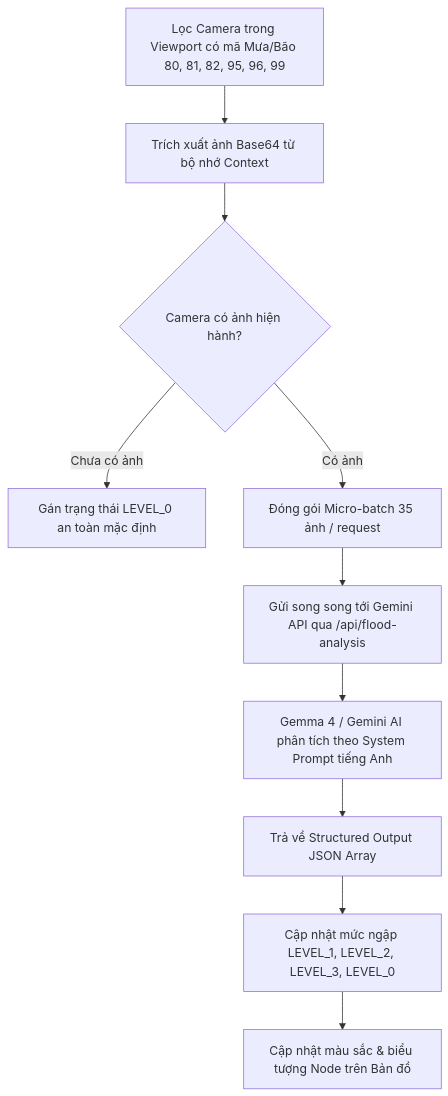
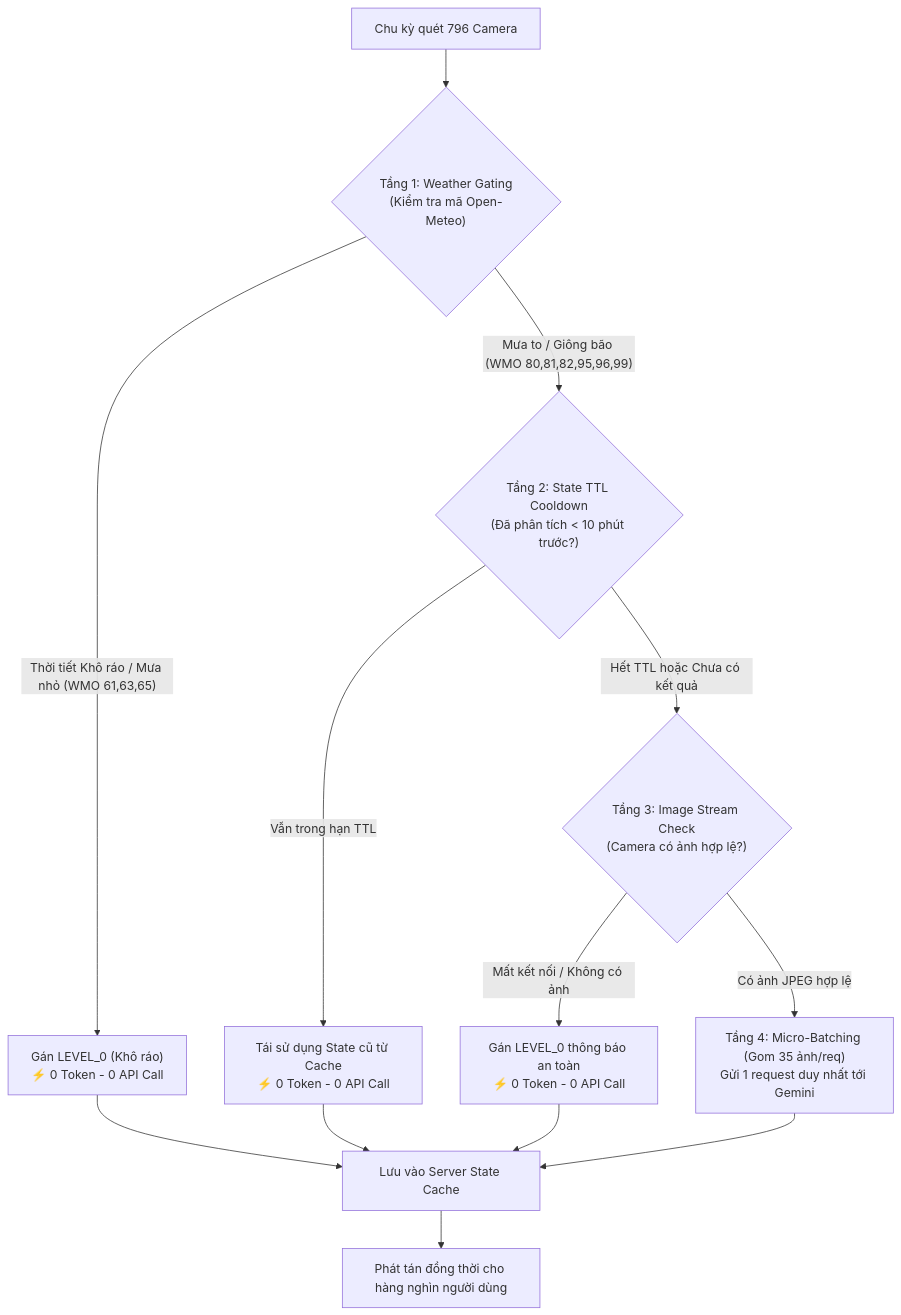
The second of 2 diagrams in README.md (helitoo/venha), drawn with Mermaid before and after one commit. The commit also changed other lines of this file and 7 other files, not shown here.

````diff
--- a/README.md
+++ b/README.md
@@ -79,12 +77,22 @@
 ```mermaid
-graph TD
-    A[Lọc Camera trong Viewport có mã Mưa/Bão 80, 81, 82, 95, 96, 99] --> B[Trích xuất ảnh Base64 từ bộ nhớ Context]
-    B --> C{Camera có ảnh hiện hành?}
-    C -->|Chưa có ảnh| D[Gán trạng thái LEVEL_0 an toàn mặc định]
-    C -->|Có ảnh| E[Đóng gói Micro-batch 35 ảnh / request]
-    E --> F[Gửi song song tới Gemini API qua /api/flood-analysis]
-    F --> G[Gemma 4 / Gemini AI phân tích theo System Prompt tiếng Anh]
-    G --> H[Trả về Structured Output JSON Array]
-    H --> I[Cập nhật mức ngập LEVEL_1, LEVEL_2, LEVEL_3, LEVEL_0]
-    I --> J[Cập nhật màu sắc & biểu tượng Node trên Bản đồ]
+flowchart TD
+    A["Chu kỳ quét 796 Camera"] --> B{"Tầng 1: Weather Gating<br/>(Kiểm tra mã Open-Meteo)"}
+    
+    B -->|"Thời tiết Khô ráo / Mưa nhỏ (WMO 61,63,65)"| C["Gán LEVEL_0 (Khô ráo)<br/>⚡ 0 Token - 0 API Call"]
+    
+    B -->|"Mưa to / Giông bão (WMO 80,81,82,95,96,99)"| D{"Tầng 2: State TTL Cooldown<br/>(Đã phân tích < 10 phút trước?)"}
+    
+    D -->|Vẫn trong hạn TTL| E["Tái sử dụng State cũ từ Cache<br/>⚡ 0 Token - 0 API Call"]
+    
+    D -->|Hết TTL hoặc Chưa có kết quả| F{"Tầng 3: Image Stream Check<br/>(Camera có ảnh hợp lệ?)"}
+    
+    F -->|Mất kết nối / Không có ảnh| G["Gán LEVEL_0 thông báo an toàn<br/>⚡ 0 Token - 0 API Call"]
+    
+    F -->|Có ảnh JPEG hợp lệ| H["Tầng 4: Micro-Batching (Gom 35 ảnh/req)<br/>Gửi 1 request duy nhất tới Gemini"]
+    
+    H --> I["Lưu vào Server State Cache"]
+    C --> I
+    E --> I
+    G --> I
+    I --> J["Phát tán đồng thời cho hàng nghìn người dùng"]
 ```
````
